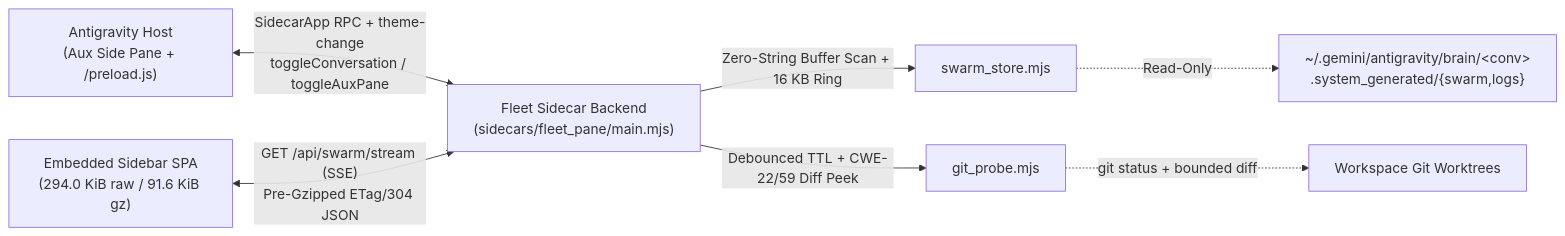
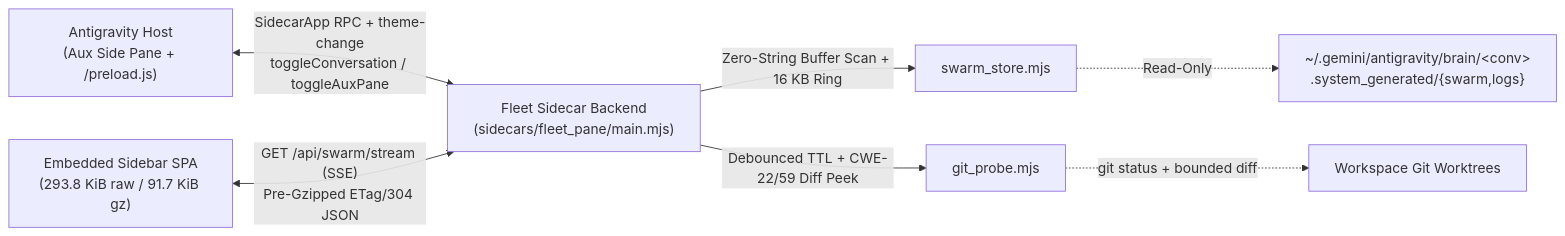
The diagram in README.md (cayleb-james2008/dsh-fleet), drawn with Mermaid before and after one commit. The commit also changed other lines of this file and 35 other files, not shown here.

````diff
--- a/README.md
+++ b/README.md
@@ -83,9 +84,9 @@
 ```mermaid
 flowchart LR
     Host["Antigravity Host<br/>(Aux Side Pane + /preload.js)"] <-->|"SidecarApp RPC + theme-change<br/>toggleConversation / toggleAuxPane"| Backend["Fleet Sidecar Backend<br/>(sidecars/fleet_pane/main.mjs)"]
-    UI["Embedded Sidebar SPA<br/>(294.0 KiB raw / 91.6 KiB gz)"] <-->|"GET /api/swarm/stream (SSE)<br/>Pre-Gzipped ETag/304 JSON"| Backend
+    UI["Embedded Sidebar SPA<br/>(293.8 KiB raw / 91.7 KiB gz)"] <-->|"GET /api/swarm/stream (SSE)<br/>Pre-Gzipped ETag/304 JSON"| Backend
     Backend -->|"Zero-String Buffer Scan + 16 KB Ring"| Store["swarm_store.mjs"]
     Backend -->|"Debounced TTL + CWE-22/59 Diff Peek"| Git["git_probe.mjs"]
     Store -.->|"Read-Only"| Brain["~/.gemini/antigravity/brain/&lt;conv&gt;<br/>.system_generated/{swarm,logs}"]
     Git -.->|"git status + bounded diff"| WT["Workspace Git Worktrees"]
 ```
````
